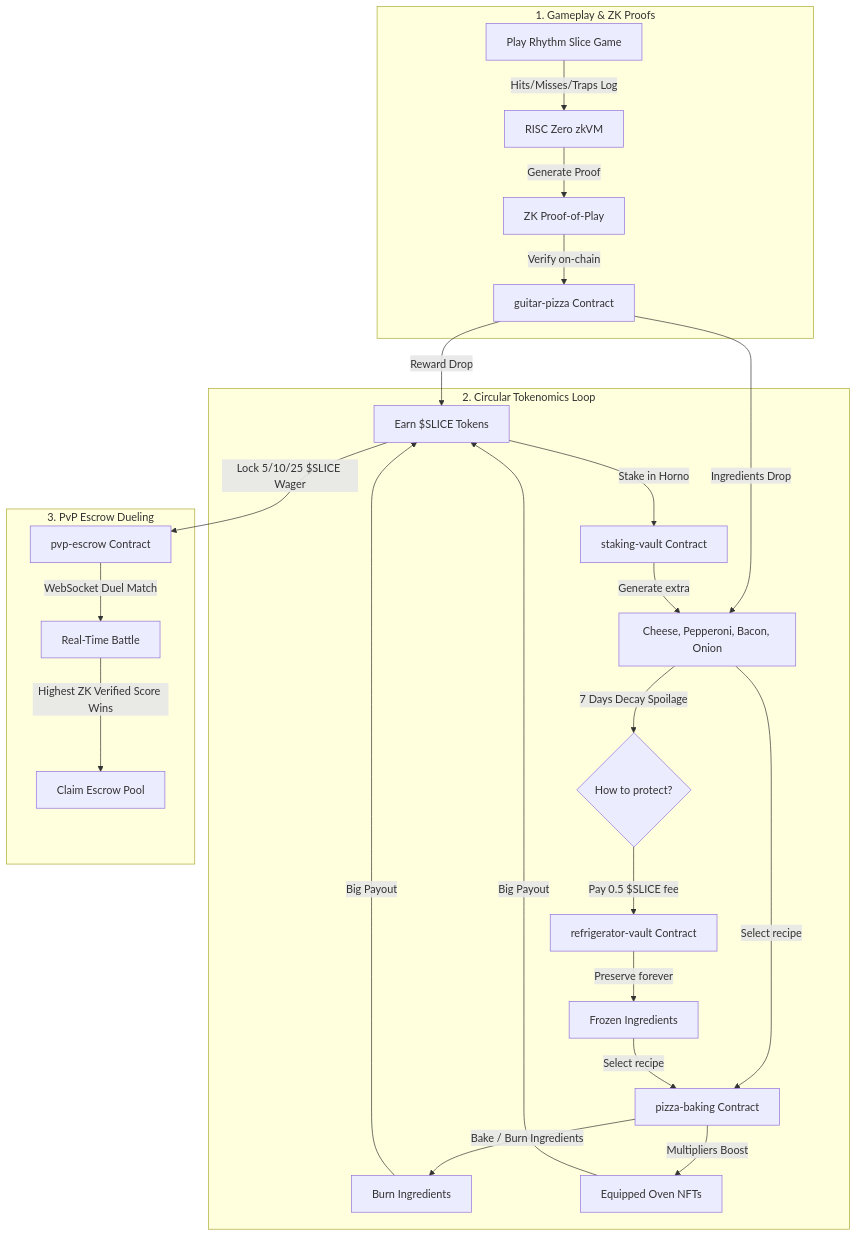
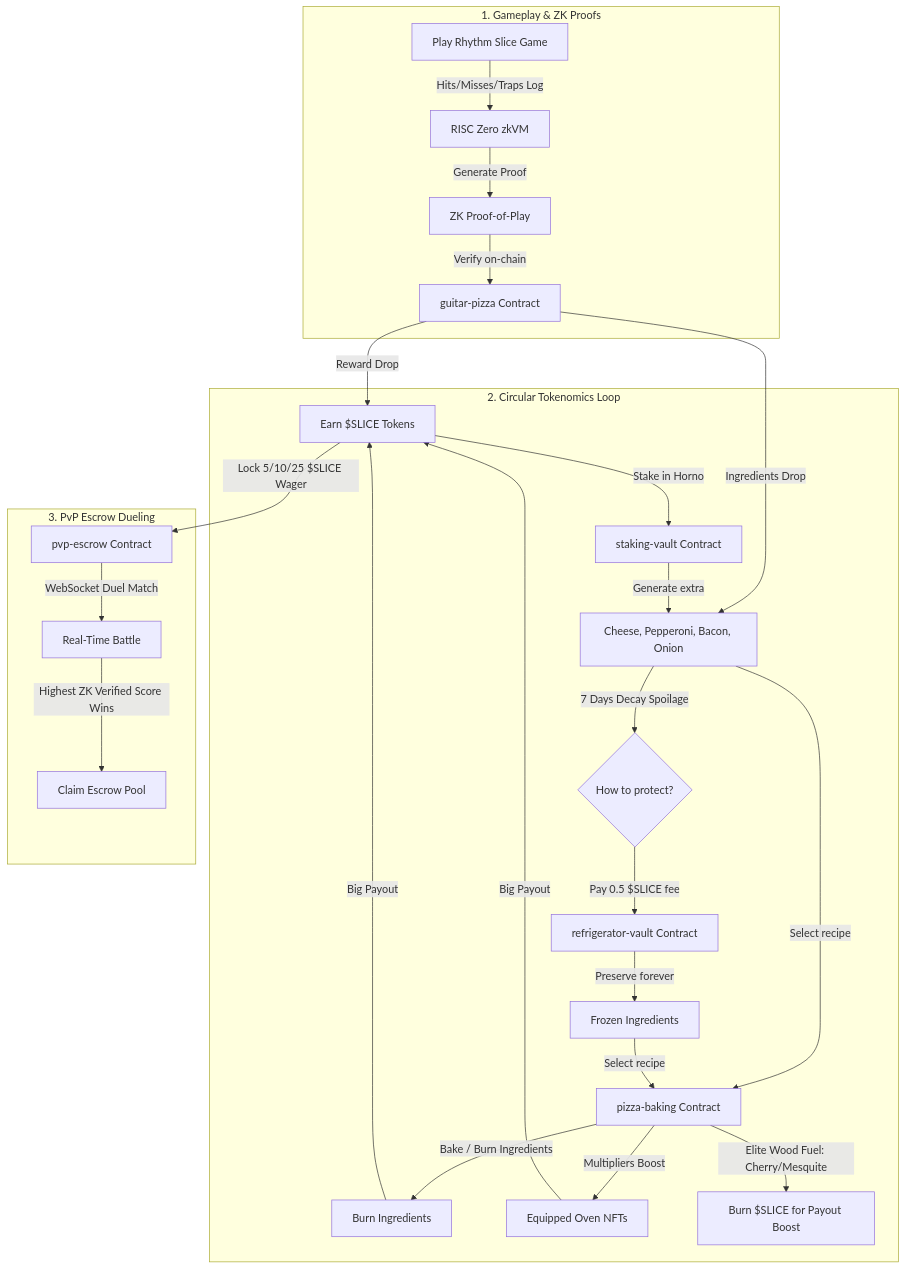
The diagram in README.md (CaBsCrypto/guitarPizza--AntiGravity), drawn with Mermaid before and after one commit. The commit also changed other lines of this file, not shown here.

Commit message:
docs: enrich README.md with high-fidelity visuals, oven NFT gallery, and circular economy explanations

````diff
--- a/README.md
+++ b/README.md
@@ -34,31 +28,33 @@
 ```mermaid
 flowchart TD
     subgraph JUEGO [1. Gameplay & ZK Proofs]
         Play[Play Rhythm Slice Game] -->|Hits/Misses/Traps Log| zkVM[RISC Zero zkVM]
         zkVM -->|Generate Proof| ZKProof[ZK Proof-of-Play]
         ZKProof -->|Verify on-chain| GPContract[guitar-pizza Contract]
     end
 
     subgraph ECO [2. Circular Tokenomics Loop]
         GPContract -->|Reward Drop| SLICE[Earn $SLICE Tokens]
         GPContract -->|Ingredients Drop| Ingredients[Cheese, Pepperoni, Bacon, Onion]
         
         SLICE -->|Stake in Horno| Staking[staking-vault Contract]
         Staking -->|Generate extra| Ingredients
         
         Ingredients -->|7 Days Decay Spoilage| Spoil{How to protect?}
         Spoil -->|Pay 0.5 $SLICE fee| Fridge[refrigerator-vault Contract]
         Fridge -->|Preserve forever| LockedIngredients[Frozen Ingredients]
         
         Ingredients & LockedIngredients -->|Select recipe| Oven[pizza-baking Contract]
         Oven -->|Bake / Burn Ingredients| BurnIngs[Burn Ingredients]
         Oven -->|Multipliers Boost| OvenNFTs[Equipped Oven NFTs]
         BurnIngs & OvenNFTs -->|Big Payout| SLICE
+      
+        Oven -->|Elite Wood Fuel: Cherry/Mesquite| Fuel[Burn $SLICE for Payout Boost]
     end
 
     subgraph DUEL [3. PvP Escrow Dueling]
         SLICE -->|Lock 5/10/25 $SLICE Wager| Escrow[pvp-escrow Contract]
         Escrow -->|WebSocket Duel Match| PvP[Real-Time Battle]
         PvP -->|Highest ZK Verified Score Wins| Winner[Claim Escrow Pool]
     end
 ```
````
